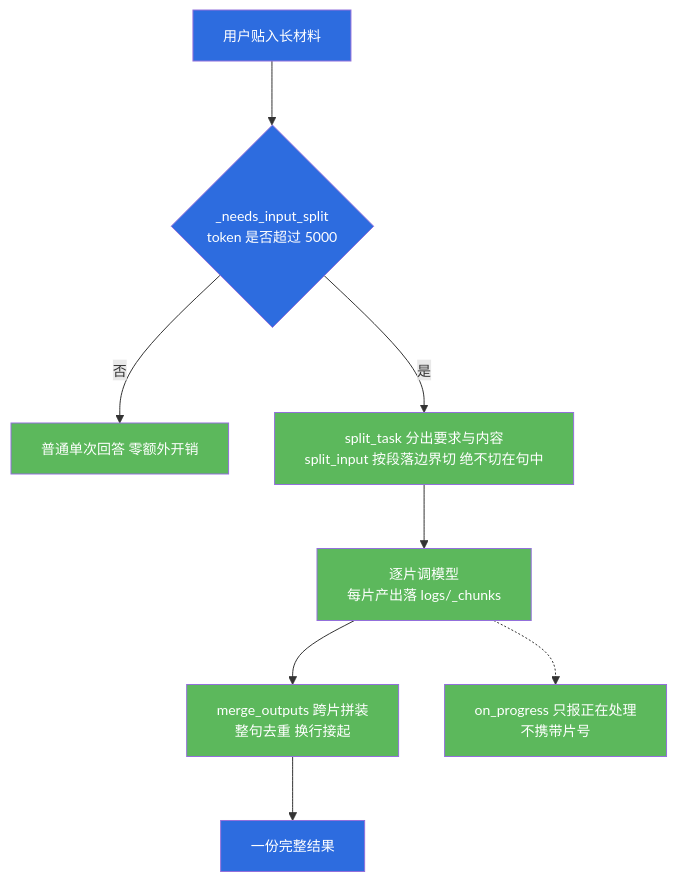
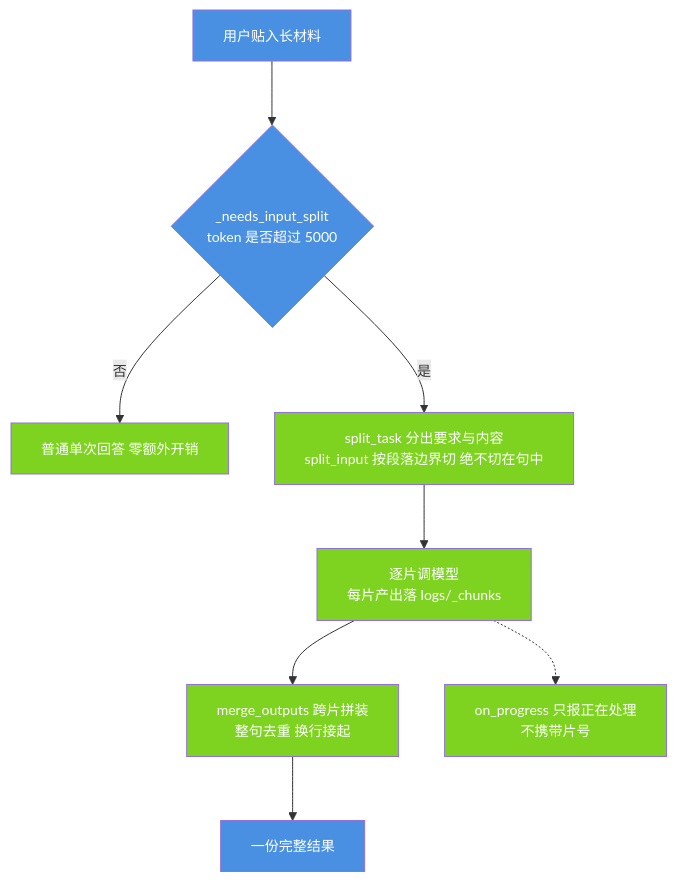
The fourth of 8 diagrams in docs/modules/02-six-infinity.md (jiangchuangege/xiaojiao-harnees), drawn with Mermaid before and after one commit. The commit also changed other lines of this file and 32 other files, not shown here.

Commit message:
统一：全仓原理图配色到一套调色板 + 给 12 张灰图补色 + 修正自己会睡那张过期图

````diff
--- a/docs/modules/02-six-infinity.md
+++ b/docs/modules/02-six-infinity.md
@@ -327,19 +327,19 @@
 ```mermaid
 %%{init: {"themeVariables": {"fontSize": "14px"}, "flowchart": {"htmlLabels": true, "wrappingWidth": 340, "nodeSpacing": 46, "rankSpacing": 64, "useMaxWidth": true}}}%%
 flowchart TB
     IN["用户贴入长材料"] --> GATE{"_needs_input_split<br/>token 是否超过 5000"}
     GATE -->|否| N["普通单次回答 零额外开销"]
     GATE -->|是| ST["split_task 分出要求与内容<br/>split_input 按段落边界切 绝不切在句中"]
     ST --> LOOP["逐片调模型<br/>每片产出落 logs/_chunks"]
     LOOP --> MERGE["merge_outputs 跨片拼装<br/>整句去重 换行接起"]
     MERGE --> OUT["一份完整结果"]
     LOOP -.-> P["on_progress 只报正在处理<br/>不携带片号"]
-    style IN fill:#2d6cdf,color:#fff
-    style GATE fill:#2d6cdf,color:#fff
-    style OUT fill:#2d6cdf,color:#fff
-    style ST fill:#5cb85c,color:#fff
-    style LOOP fill:#5cb85c,color:#fff
-    style MERGE fill:#5cb85c,color:#fff
-    style N fill:#5cb85c,color:#fff
-    style P fill:#5cb85c,color:#fff
+    style IN fill:#4A90E2,color:#fff
+    style GATE fill:#4A90E2,color:#fff
+    style OUT fill:#4A90E2,color:#fff
+    style ST fill:#7ED321,color:#fff
+    style LOOP fill:#7ED321,color:#fff
+    style MERGE fill:#7ED321,color:#fff
+    style N fill:#7ED321,color:#fff
+    style P fill:#7ED321,color:#fff
 ```
````
